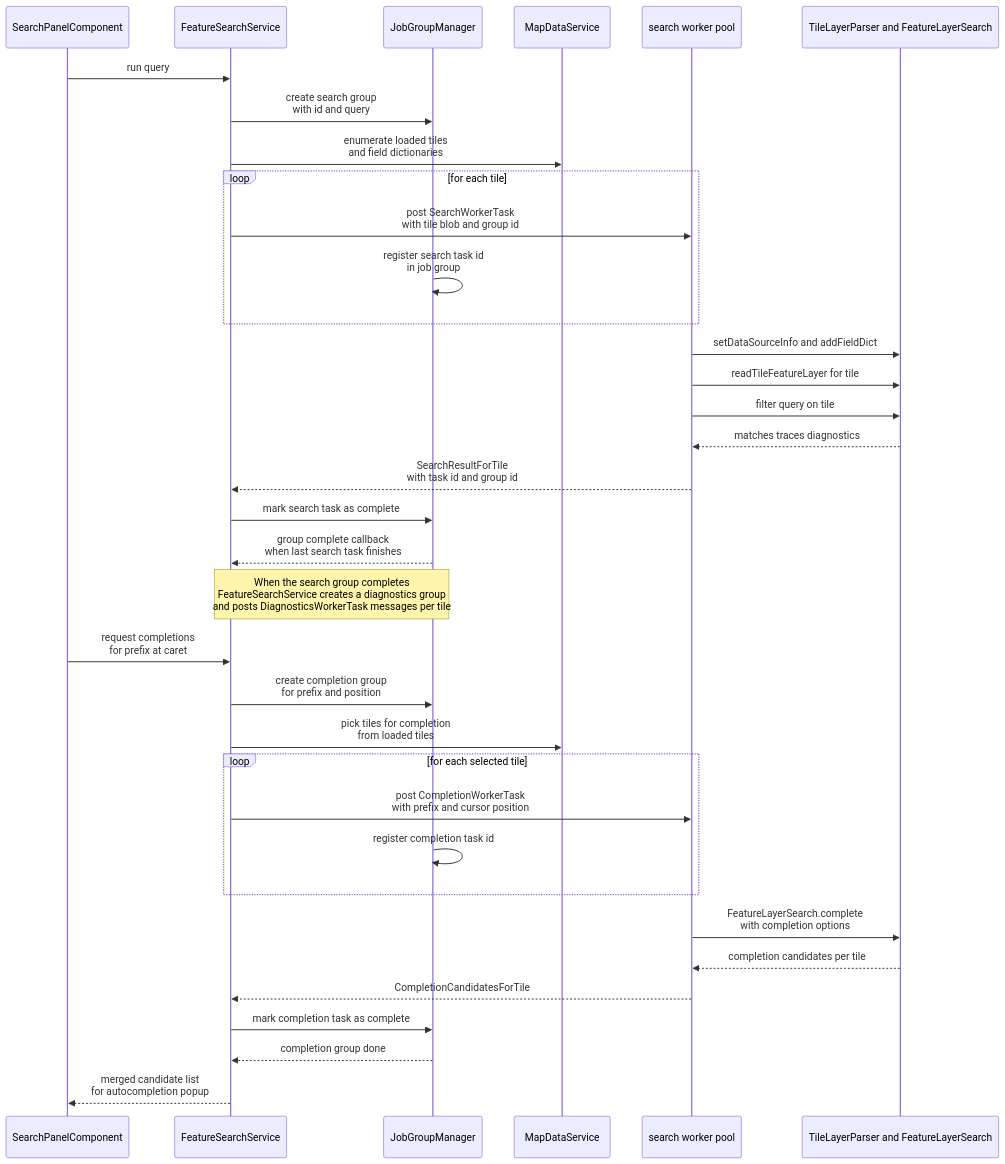
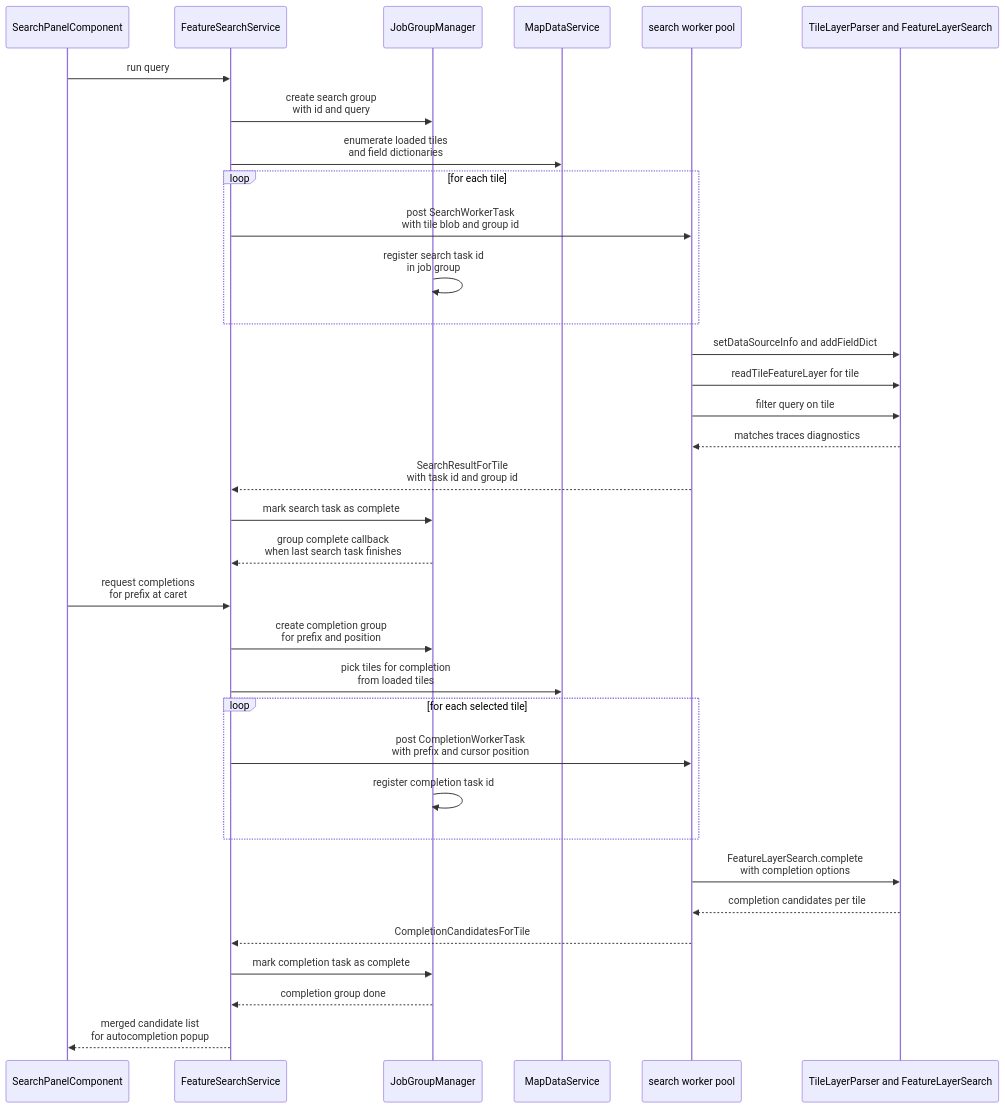
One commit to ndsev/erdblick changed the ninth of 10 diagrams in docs/erdblick-dev-guide.md. Above: the diagram before and after it, drawn with Mermaid. The commit also changed other lines of this file and 6 other files, not shown here.

Commit message:
diagnostics: Remove Diagnostics Worker Job

````diff
--- a/docs/erdblick-dev-guide.md
+++ b/docs/erdblick-dev-guide.md
@@ -490,45 +490,43 @@
 ```mermaid
 sequenceDiagram
   participant UI as SearchPanelComponent
   participant Search as FeatureSearchService
   participant Jobs as JobGroupManager
   participant MapSvc as MapDataService
   participant Worker as search worker pool
   participant Core as TileLayerParser and FeatureLayerSearch
 
   UI->>Search: run query
   Search->>Jobs: create search group<br>with id and query
   Search->>MapSvc: enumerate loaded tiles<br>and field dictionaries
 
   loop for each tile
     Search->>Worker: post SearchWorkerTask<br>with tile blob and group id
     Jobs->>Jobs: register search task id<br>in job group
   end
 
   Worker->>Core: setDataSourceInfo and addFieldDict
   Worker->>Core: readTileFeatureLayer for tile
   Worker->>Core: filter query on tile
   Core-->>Worker: matches traces diagnostics
   Worker-->>Search: SearchResultForTile<br>with task id and group id
   Search->>Jobs: mark search task as complete
 
   Jobs-->>Search: group complete callback<br>when last search task finishes
 
-  Note over Search,Jobs: When the search group completes<br>FeatureSearchService creates a diagnostics group<br>and posts DiagnosticsWorkerTask messages per tile
-
   UI->>Search: request completions<br>for prefix at caret
   Search->>Jobs: create completion group<br>for prefix and position
   Search->>MapSvc: pick tiles for completion<br>from loaded tiles
 
   loop for each selected tile
     Search->>Worker: post CompletionWorkerTask<br>with prefix and cursor position
     Jobs->>Jobs: register completion task id
   end
 
   Worker->>Core: FeatureLayerSearch.complete<br>with completion options
   Core-->>Worker: completion candidates per tile
   Worker-->>Search: CompletionCandidatesForTile
   Search->>Jobs: mark completion task as complete
   Jobs-->>Search: completion group done
   Search-->>UI: merged candidate list<br>for autocompletion popup
 ```
````
